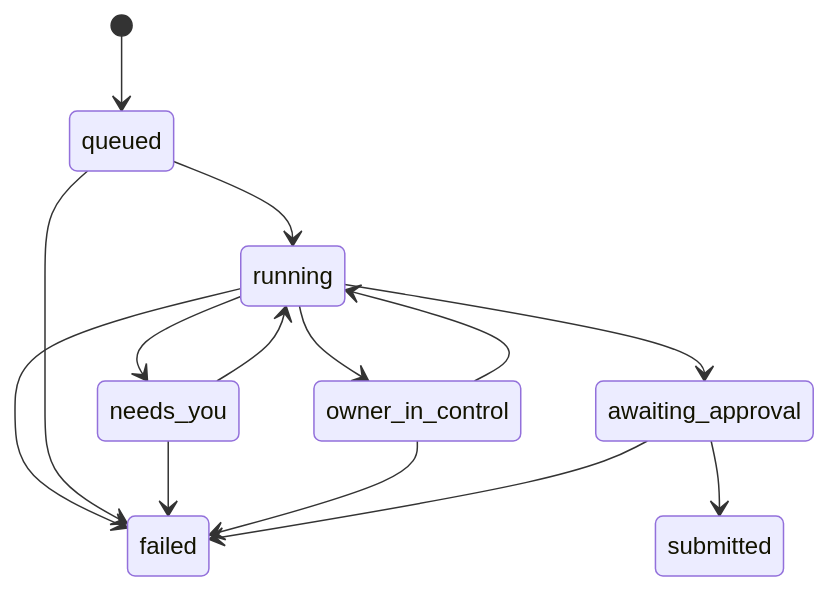
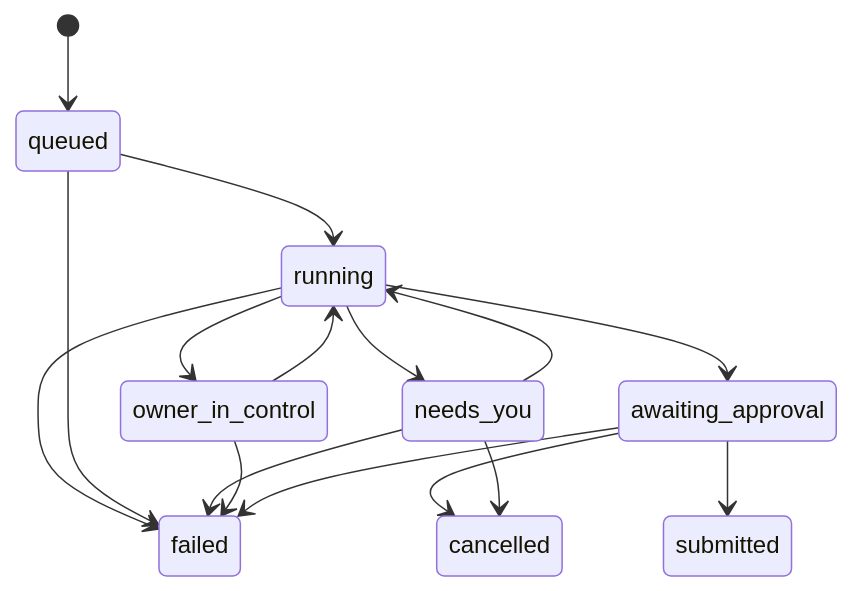
Before and after one commit to sadowb/jobPilot: the second of 5 diagrams in docs/architecture.md, drawn with Mermaid. The commit also changed other lines of this file and 20 other files, not shown here.

````diff
--- a/docs/architecture.md
+++ b/docs/architecture.md
@@ -32,16 +32,18 @@
 ```mermaid
 stateDiagram-v2
   [*] --> queued
   queued --> running
   running --> needs_you
   running --> owner_in_control
   owner_in_control --> running
   needs_you --> running
   running --> awaiting_approval
   awaiting_approval --> submitted
   running --> failed
   queued --> failed
   needs_you --> failed
   owner_in_control --> failed
   awaiting_approval --> failed
+  awaiting_approval --> cancelled
+  needs_you --> cancelled
 ```
````
